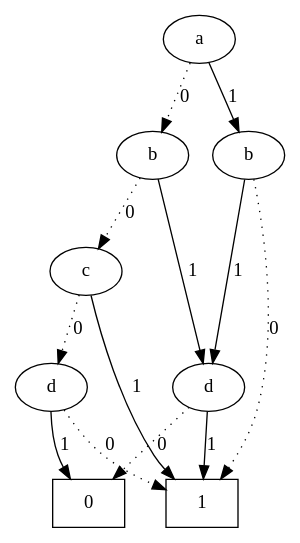
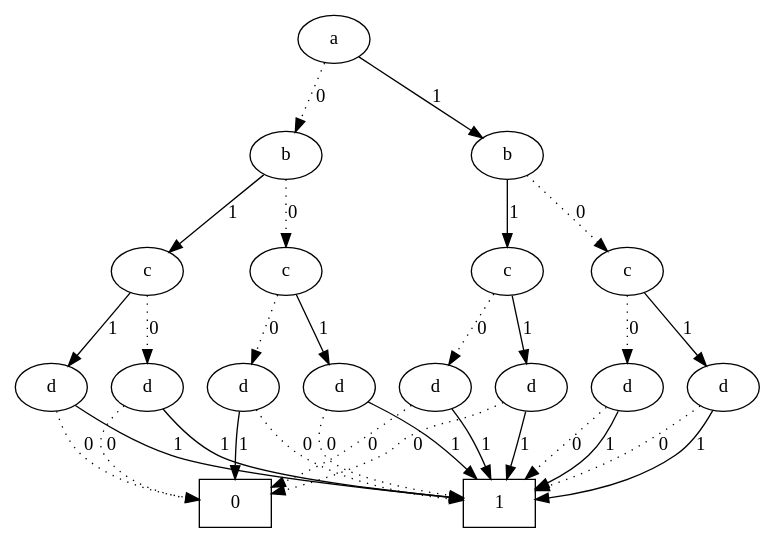
The diagram in Projects/Project02/output1.dot (ChengHung-Wang/NTUST-1111-Digital-System-Design), drawn with Graphviz before and after one commit. The commit also changed 12 other files, not shown here.

Commit message:
PrimeImplicant & EssentialPrimeImplicant

```diff
--- a/Projects/Project02/output1.dot
+++ b/Projects/Project02/output1.dot
@@ -1,28 +1,55 @@
-digraph ROBDD {
+digraph EssentialPrimeImplicant {
     {rank=same 1}
     {rank=same 2 3}
-    {rank=same 4}
-    {rank=same 8 10}
+    {rank=same 4 5 6 7}
+    {rank=same 8 9 10 11 12 13 14 15}
 
     0 [label="0", shape=box]
     1 [label="a"]
     2 [label="b"]
     3 [label="b"]
     4 [label="c"]
+    5 [label="c"]
+    6 [label="c"]
+    7 [label="c"]
     8 [label="d"]
+    9 [label="d"]
     10 [label="d"]
+    11 [label="d"]
+    12 [label="d"]
+    13 [label="d"]
+    14 [label="d"]
+    15 [label="d"]
     16 [label="1", shape=box]
 
     1 -> 2 [label="0" style=dotted]
     1 -> 3 [label="1" style=solid]
     2 -> 4 [label="0" style=dotted]
-    2 -> 10 [label="1" style=solid]
-    3 -> 16 [label="0" style=dotted]
-    3 -> 10 [label="1" style=solid]
+    2 -> 5 [label="1" style=solid]
+    3 -> 6 [label="0" style=dotted]
+    3 -> 7 [label="1" style=solid]
     4 -> 8 [label="0" style=dotted]
-    4 -> 16 [label="1" style=solid]
+    4 -> 9 [label="1" style=solid]
+    5 -> 10 [label="0" style=dotted]
+    5 -> 11 [label="1" style=solid]
+    6 -> 12 [label="0" style=dotted]
+    6 -> 13 [label="1" style=solid]
+    7 -> 14 [label="0" style=dotted]
+    7 -> 15 [label="1" style=solid]
     8 -> 16 [label="0" style=dotted]
     8 -> 0 [label="1" style=solid]
+    9 -> 16 [label="0" style=dotted]
+    9 -> 16 [label="1" style=solid]
     10 -> 0 [label="0" style=dotted]
     10 -> 16 [label="1" style=solid]
+    11 -> 0 [label="0" style=dotted]
+    11 -> 16 [label="1" style=solid]
+    12 -> 16 [label="0" style=dotted]
+    12 -> 16 [label="1" style=solid]
+    13 -> 16 [label="0" style=dotted]
+    13 -> 16 [label="1" style=solid]
+    14 -> 0 [label="0" style=dotted]
+    14 -> 16 [label="1" style=solid]
+    15 -> 0 [label="0" style=dotted]
+    15 -> 16 [label="1" style=solid]
 }
```
